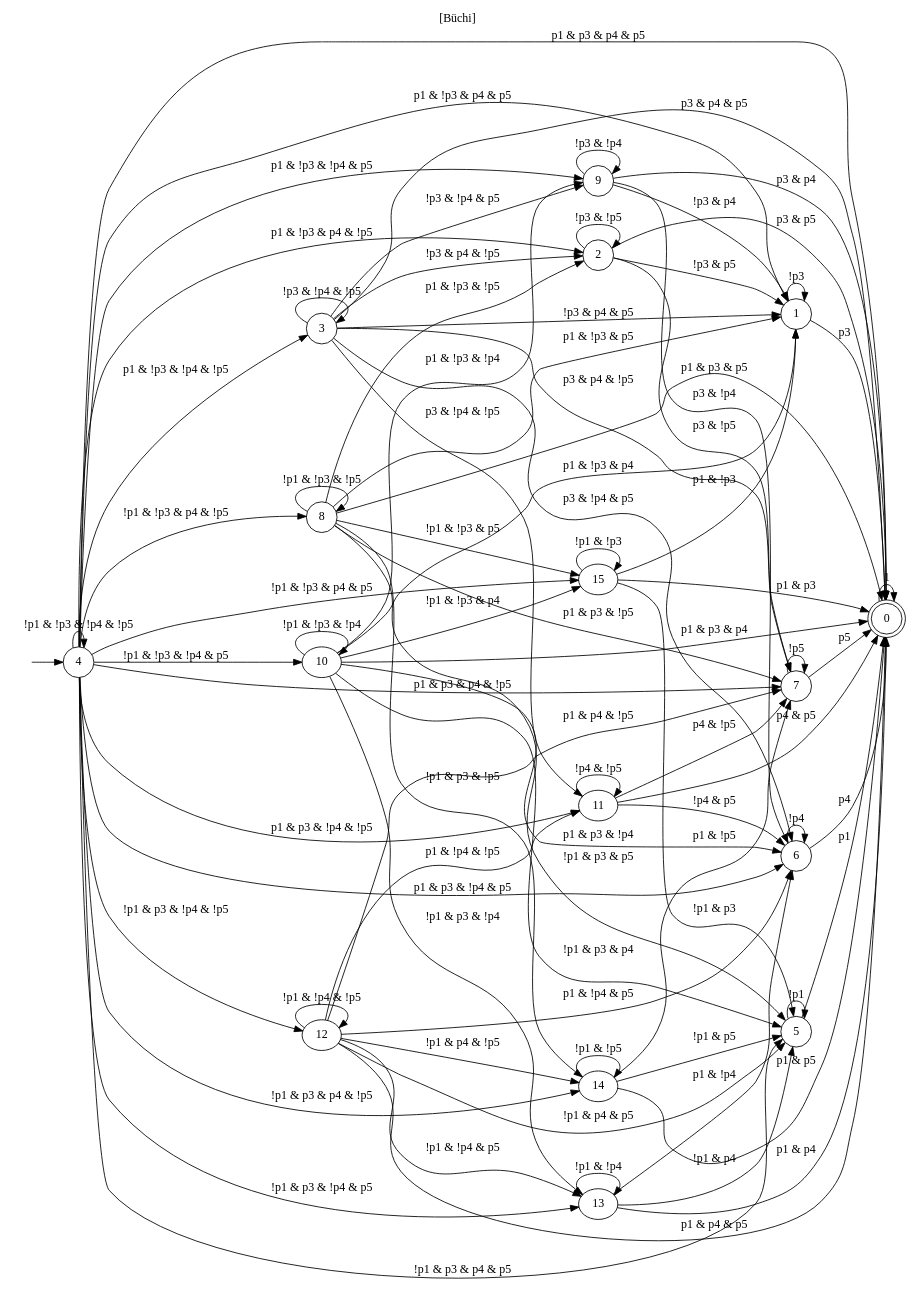
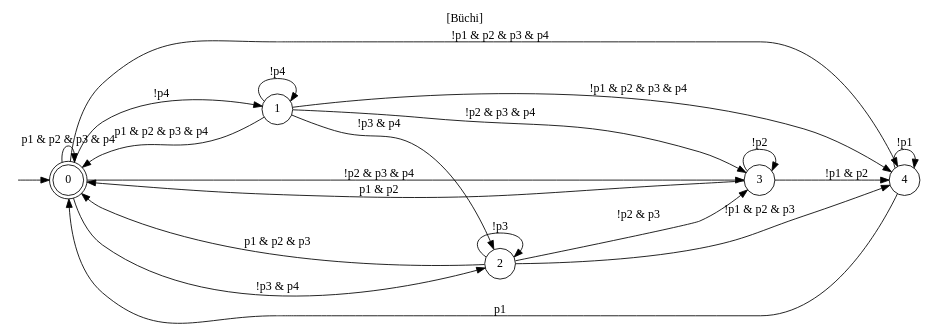
Before and after one commit to jrourke48/HMRTA_with_Multi-Capability_Robots: the diagram in MCTB-PDT/output/buchi_automaton_tree_test.dot, drawn with Graphviz. The commit also changed 316 other files, not shown here.

```diff
--- a/MCTB-PDT/output/buchi_automaton_tree_test.dot
+++ b/MCTB-PDT/output/buchi_automaton_tree_test.dot
@@ -1,105 +1,32 @@
 digraph "" {
   rankdir=LR
   label="[Büchi]"
   labelloc="t"
-  node [shape="ellipse",width="0.5",height="0.5"]
+  node [shape="circle"]
   I [label="", style=invis, width=0]
-  I -> 4
+  I -> 0
   0 [label="0", peripheries=2]
-  0 -> 0 [label="1"]
+  0 -> 0 [label="p1 & p2 & p3 & p4"]
+  0 -> 1 [label="!p4"]
+  0 -> 2 [label="!p3 & p4"]
+  0 -> 3 [label="!p2 & p3 & p4"]
+  0 -> 4 [label="!p1 & p2 & p3 & p4"]
   1 [label="1"]
-  1 -> 0 [label="p3"]
-  1 -> 1 [label="!p3"]
+  1 -> 0 [label="p1 & p2 & p3 & p4"]
+  1 -> 1 [label="!p4"]
+  1 -> 2 [label="!p3 & p4"]
+  1 -> 3 [label="!p2 & p3 & p4"]
+  1 -> 4 [label="!p1 & p2 & p3 & p4"]
   2 [label="2"]
-  2 -> 0 [label="p3 & p5"]
-  2 -> 1 [label="!p3 & p5"]
-  2 -> 2 [label="!p3 & !p5"]
-  2 -> 7 [label="p3 & !p5"]
+  2 -> 0 [label="p1 & p2 & p3"]
+  2 -> 2 [label="!p3"]
+  2 -> 3 [label="!p2 & p3"]
+  2 -> 4 [label="!p1 & p2 & p3"]
   3 [label="3"]
-  3 -> 0 [label="p3 & p4 & p5"]
-  3 -> 1 [label="!p3 & p4 & p5"]
-  3 -> 2 [label="!p3 & p4 & !p5"]
-  3 -> 3 [label="!p3 & !p4 & !p5"]
-  3 -> 6 [label="p3 & !p4 & p5"]
-  3 -> 7 [label="p3 & p4 & !p5"]
-  3 -> 9 [label="!p3 & !p4 & p5"]
-  3 -> 11 [label="p3 & !p4 & !p5"]
+  3 -> 0 [label="p1 & p2"]
+  3 -> 3 [label="!p2"]
+  3 -> 4 [label="!p1 & p2"]
   4 [label="4"]
-  4 -> 0 [label="p1 & p3 & p4 & p5"]
-  4 -> 1 [label="p1 & !p3 & p4 & p5"]
-  4 -> 2 [label="p1 & !p3 & p4 & !p5"]
-  4 -> 3 [label="p1 & !p3 & !p4 & !p5"]
-  4 -> 4 [label="!p1 & !p3 & !p4 & !p5"]
-  4 -> 5 [label="!p1 & p3 & p4 & p5"]
-  4 -> 6 [label="p1 & p3 & !p4 & p5"]
-  4 -> 7 [label="p1 & p3 & p4 & !p5"]
-  4 -> 8 [label="!p1 & !p3 & p4 & !p5"]
-  4 -> 9 [label="p1 & !p3 & !p4 & p5"]
-  4 -> 10 [label="!p1 & !p3 & !p4 & p5"]
-  4 -> 11 [label="p1 & p3 & !p4 & !p5"]
-  4 -> 12 [label="!p1 & p3 & !p4 & !p5"]
-  4 -> 13 [label="!p1 & p3 & !p4 & p5"]
-  4 -> 14 [label="!p1 & p3 & p4 & !p5"]
-  4 -> 15 [label="!p1 & !p3 & p4 & p5"]
-  5 [label="5"]
-  5 -> 0 [label="p1"]
-  5 -> 5 [label="!p1"]
-  6 [label="6"]
-  6 -> 0 [label="p4"]
-  6 -> 6 [label="!p4"]
-  7 [label="7"]
-  7 -> 0 [label="p5"]
-  7 -> 7 [label="!p5"]
-  8 [label="8"]
-  8 -> 0 [label="p1 & p3 & p5"]
-  8 -> 1 [label="p1 & !p3 & p5"]
-  8 -> 2 [label="p1 & !p3 & !p5"]
-  8 -> 5 [label="!p1 & p3 & p5"]
-  8 -> 7 [label="p1 & p3 & !p5"]
-  8 -> 8 [label="!p1 & !p3 & !p5"]
-  8 -> 14 [label="!p1 & p3 & !p5"]
-  8 -> 15 [label="!p1 & !p3 & p5"]
-  9 [label="9"]
-  9 -> 0 [label="p3 & p4"]
-  9 -> 1 [label="!p3 & p4"]
-  9 -> 6 [label="p3 & !p4"]
-  9 -> 9 [label="!p3 & !p4"]
-  10 [label="10"]
-  10 -> 0 [label="p1 & p3 & p4"]
-  10 -> 1 [label="p1 & !p3 & p4"]
-  10 -> 5 [label="!p1 & p3 & p4"]
-  10 -> 6 [label="p1 & p3 & !p4"]
-  10 -> 9 [label="p1 & !p3 & !p4"]
-  10 -> 10 [label="!p1 & !p3 & !p4"]
-  10 -> 13 [label="!p1 & p3 & !p4"]
-  10 -> 15 [label="!p1 & !p3 & p4"]
-  11 [label="11"]
-  11 -> 0 [label="p4 & p5"]
-  11 -> 6 [label="!p4 & p5"]
-  11 -> 7 [label="p4 & !p5"]
-  11 -> 11 [label="!p4 & !p5"]
-  12 [label="12"]
-  12 -> 0 [label="p1 & p4 & p5"]
-  12 -> 5 [label="!p1 & p4 & p5"]
-  12 -> 6 [label="p1 & !p4 & p5"]
-  12 -> 7 [label="p1 & p4 & !p5"]
-  12 -> 11 [label="p1 & !p4 & !p5"]
-  12 -> 12 [label="!p1 & !p4 & !p5"]
-  12 -> 13 [label="!p1 & !p4 & p5"]
-  12 -> 14 [label="!p1 & p4 & !p5"]
-  13 [label="13"]
-  13 -> 0 [label="p1 & p4"]
-  13 -> 5 [label="!p1 & p4"]
-  13 -> 6 [label="p1 & !p4"]
-  13 -> 13 [label="!p1 & !p4"]
-  14 [label="14"]
-  14 -> 0 [label="p1 & p5"]
-  14 -> 5 [label="!p1 & p5"]
-  14 -> 7 [label="p1 & !p5"]
-  14 -> 14 [label="!p1 & !p5"]
-  15 [label="15"]
-  15 -> 0 [label="p1 & p3"]
-  15 -> 1 [label="p1 & !p3"]
-  15 -> 5 [label="!p1 & p3"]
-  15 -> 15 [label="!p1 & !p3"]
+  4 -> 0 [label="p1"]
+  4 -> 4 [label="!p1"]
 }
```
